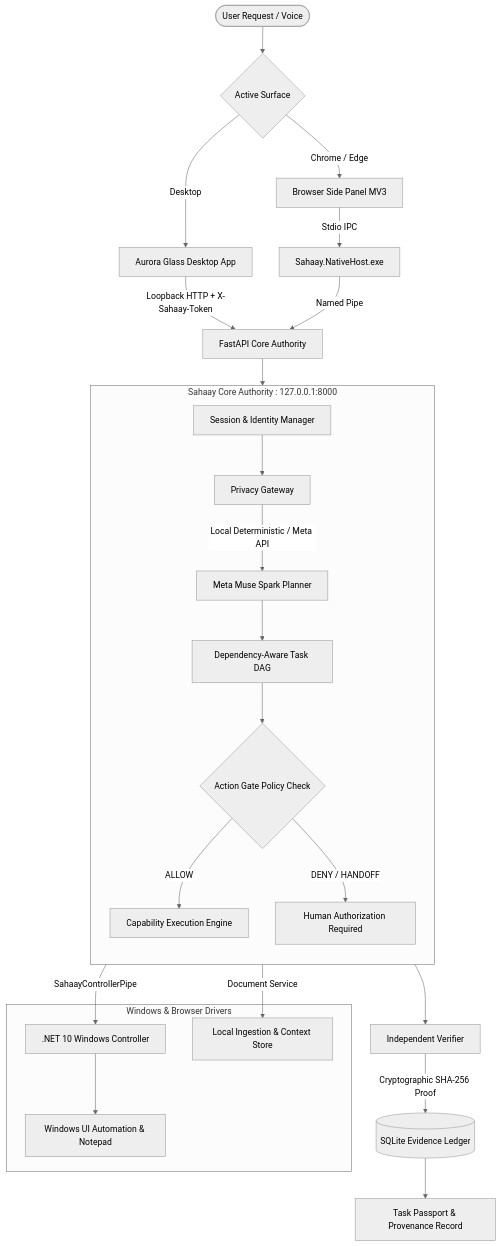
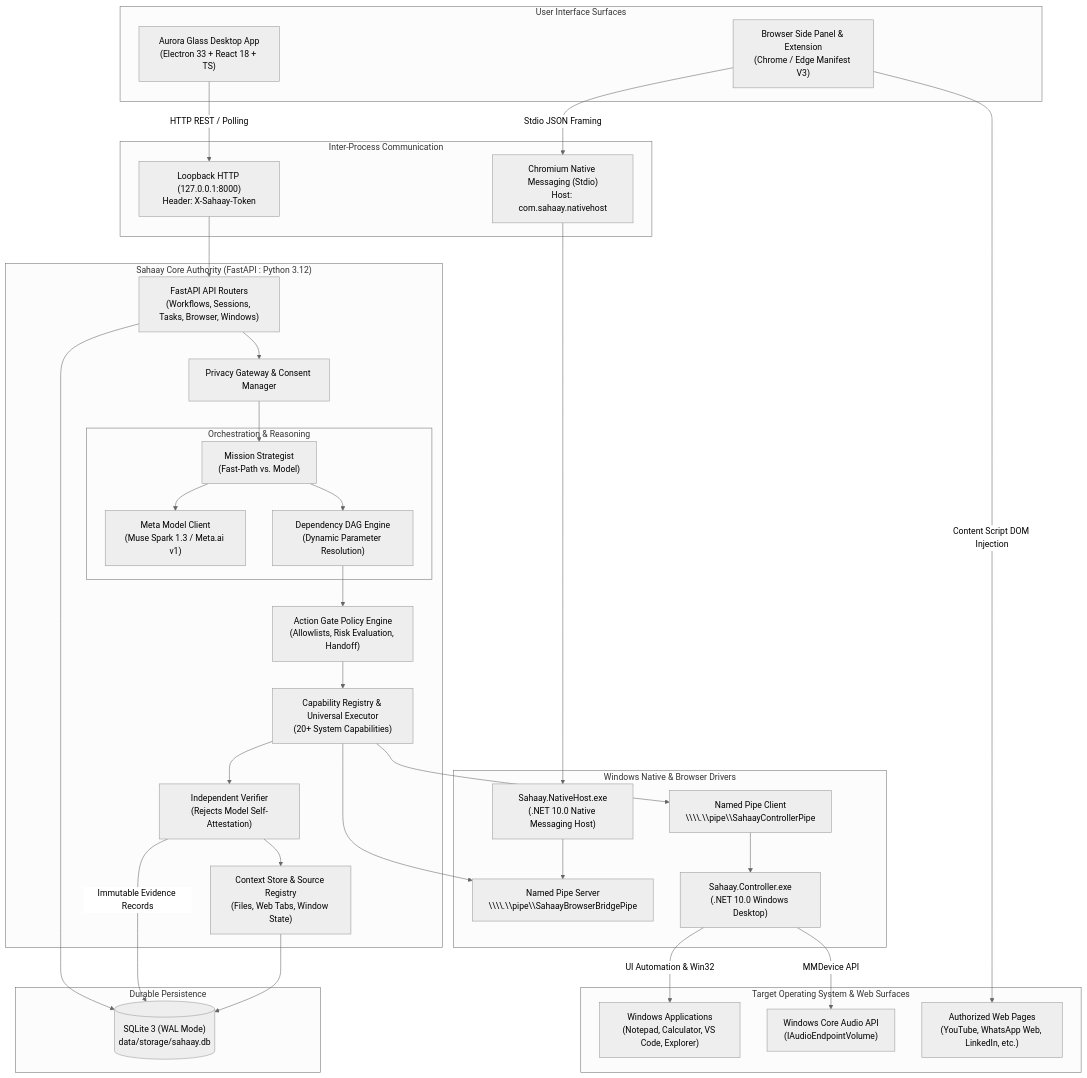
The first of 3 diagrams in README.md (VishwanathArchakMR/Sahaay), drawn with Mermaid (neutral theme) before and after one commit. The commit also changed other lines of this file, not shown here.

Commit message:
docs: rewrite README with comprehensive architecture, Meta AI integration, and capabilities

````diff
--- a/README.md
+++ b/README.md
@@ -28,32 +102,72 @@
 ```mermaid
-flowchart TD
-    User([User Request / Voice]) --> Surface{Active Surface}
-    Surface -->|Desktop| DesktopUI[Aurora Glass Desktop App]
-    Surface -->|Chrome / Edge| Extension[Browser Side Panel MV3]
-    
-    DesktopUI -->|Loopback HTTP + X-Sahaay-Token| Core[FastAPI Core Authority]
-    Extension -->|Stdio IPC| NativeHost[Sahaay.NativeHost.exe]
-    NativeHost -->|Named Pipe| Core
-    
-    subgraph CoreEngine [Sahaay Core Authority : 127.0.0.1:8000]
-        direction TB
-        SessionMgr[Session & Identity Manager] --> PrivacyGW[Privacy Gateway]
-        PrivacyGW -->|Local Deterministic / Meta API| Planner[Meta Muse Spark Planner]
-        Planner --> DAG[Dependency-Aware Task DAG]
-        DAG --> ActionGate{Action Gate Policy Check}
-        ActionGate -->|ALLOW| Exec[Capability Execution Engine]
-        ActionGate -->|DENY / HANDOFF| UserConfirm[Human Authorization Required]
+flowchart TB
+    subgraph UI_Layer ["User Interface Surfaces"]
+        DesktopApp["Aurora Glass Desktop App<br/>(Electron 33 + React 18 + TS)"]
+        BrowserExt["Browser Side Panel & Extension<br/>(Chrome / Edge Manifest V3)"]
     end
 
-    Core --> CoreEngine
-
-    subgraph NativeSurface [Windows & Browser Drivers]
-        Exec -->|SahaayControllerPipe| Controller[.NET 10 Windows Controller]
-        Controller --> UIA[Windows UI Automation & Notepad]
-        Exec -->|Document Service| LocalStore[Local Ingestion & Context Store]
+    subgraph IPC_Bridges ["Inter-Process Communication"]
+        LoopbackHTTP["Loopback HTTP (127.0.0.1:8000)<br/>Header: X-Sahaay-Token"]
+        NativeHostIPC["Chromium Native Messaging (Stdio)<br/>Host: com.sahaay.nativehost"]
     end
 
-    Exec --> Verifier[Independent Verifier]
-    Verifier -->|Cryptographic SHA-256 Proof| EvidenceLedger[(SQLite Evidence Ledger)]
-    EvidenceLedger --> Passport[Task Passport & Provenance Record]
+    DesktopApp -->|HTTP REST / Polling| LoopbackHTTP
+    BrowserExt -->|Stdio JSON Framing| NativeHostIPC
+
+    subgraph Backend_Core ["Sahaay Core Authority (FastAPI : Python 3.12)"]
+        Router["FastAPI API Routers<br/>(Workflows, Sessions, Tasks, Browser, Windows)"]
+        PrivacyGW["Privacy Gateway & Consent Manager"]
+
+        subgraph Orchestration_Engine ["Orchestration & Reasoning"]
+            Strategist["Mission Strategist<br/>(Fast-Path vs. Model)"]
+            MetaClient["Meta Model Client<br/>(Muse Spark 1.3 / Meta.ai v1)"]
+            DAGEngine["Dependency DAG Engine<br/>(Dynamic Parameter Resolution)"]
+        end
+
+        ActionGate["Action Gate Policy Engine<br/>(Allowlists, Risk Evaluation, Handoff)"]
+        CapRegistry["Capability Registry & Universal Executor<br/>(20+ System Capabilities)"]
+        Verifier["Independent Verifier<br/>(Rejects Model Self-Attestation)"]
+        ContextStore["Context Store & Source Registry<br/>(Files, Web Tabs, Window State)"]
+    end
+
+    LoopbackHTTP --> Router
+    Router --> PrivacyGW
+    PrivacyGW --> Strategist
+    Strategist --> MetaClient
+    Strategist --> DAGEngine
+    DAGEngine --> ActionGate
+    ActionGate --> CapRegistry
+    CapRegistry --> Verifier
+    Verifier --> ContextStore
+
+    subgraph Storage_Layer ["Durable Persistence"]
+        SQLiteDB[("SQLite 3 (WAL Mode)<br/>data/storage/sahaay.db")]
+    end
+
+    Router --> SQLiteDB
+    Verifier -->|Immutable Evidence Records| SQLiteDB
+    ContextStore --> SQLiteDB
+
+    subgraph Execution_Drivers ["Windows Native & Browser Drivers"]
+        ControllerBridge["Named Pipe Client<br/>\\\\.\\pipe\\SahaayControllerPipe"]
+        BrowserBridge["Named Pipe Server<br/>\\\\.\\pipe\\SahaayBrowserBridgePipe"]
+        DotNetController["Sahaay.Controller.exe<br/>(.NET 10.0 Windows Desktop)"]
+        DotNetNativeHost["Sahaay.NativeHost.exe<br/>(.NET 10.0 Native Messaging Host)"]
+    end
+
+    CapRegistry --> ControllerBridge
+    CapRegistry --> BrowserBridge
+    ControllerBridge --> DotNetController
+    NativeHostIPC --> DotNetNativeHost
+    DotNetNativeHost --> BrowserBridge
+
+    subgraph OS_Targets ["Target Operating System & Web Surfaces"]
+        WinApps["Windows Applications<br/>(Notepad, Calculator, VS Code, Explorer)"]
+        WinAudio["Windows Core Audio API<br/>(IAudioEndpointVolume)"]
+        WebPages["Authorized Web Pages<br/>(YouTube, WhatsApp Web, LinkedIn, etc.)"]
+    end
+
+    DotNetController -->|UI Automation & Win32| WinApps
+    DotNetController -->|MMDevice API| WinAudio
+    BrowserExt -->|Content Script DOM Injection| WebPages
 ```
````
